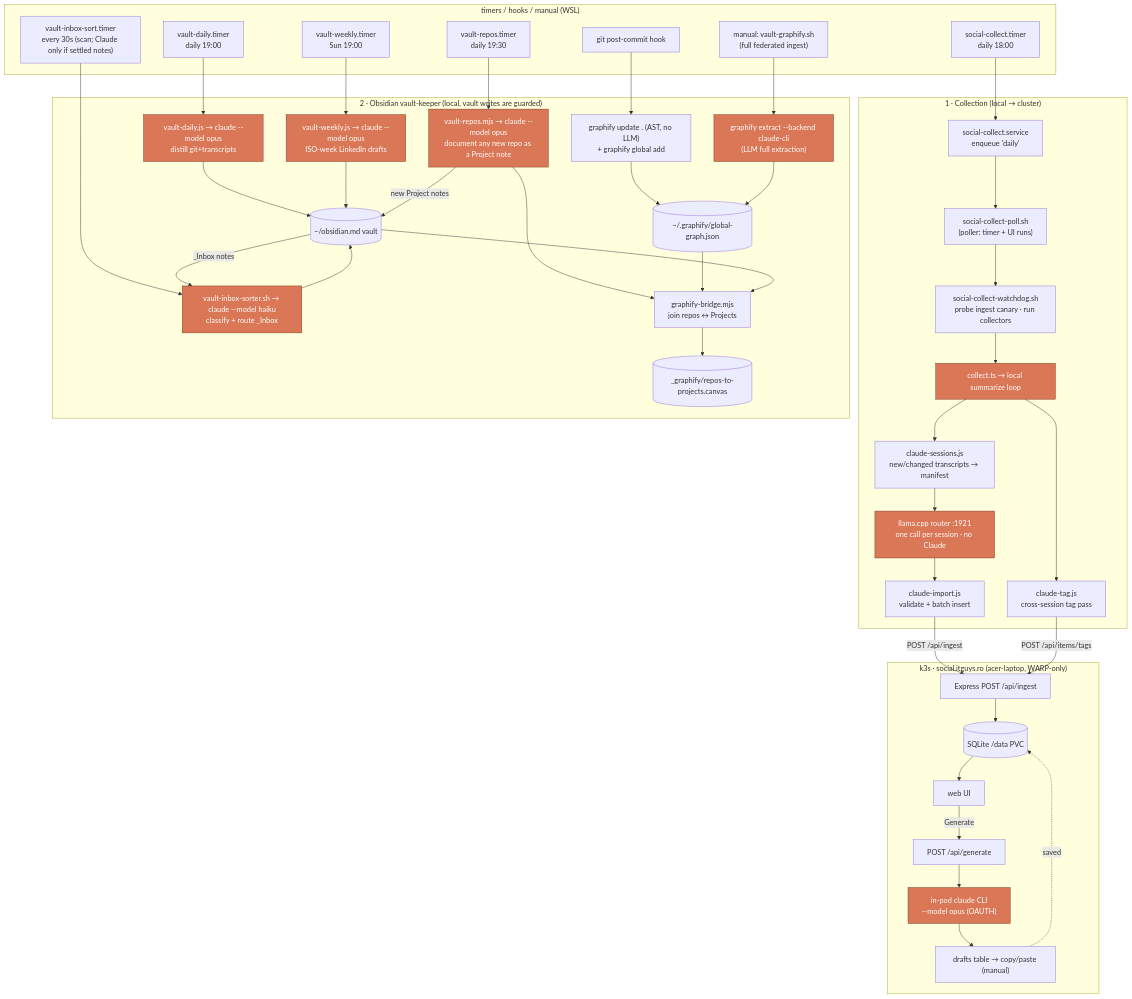
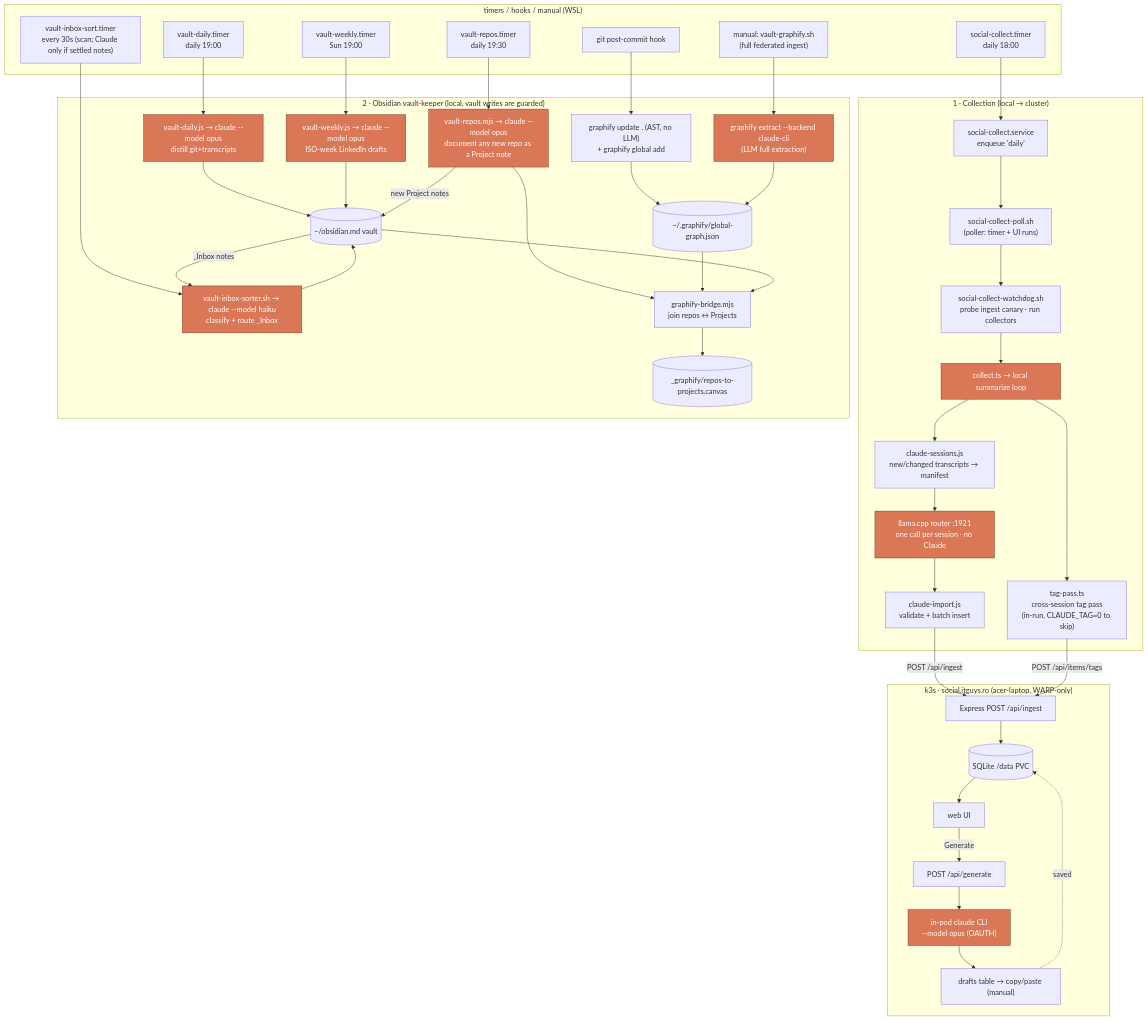
One commit to dustfeather/social-update changed the diagram in README.md. Above: the diagram before and after it, drawn with Mermaid. The commit also changed other lines of this file and 6 other files, not shown here.

````diff
--- a/README.md
+++ b/README.md
@@ -41,73 +41,73 @@
 ```mermaid
 flowchart TB
     subgraph triggers["timers / hooks / manual (WSL)"]
         T1["social-collect.timer<br/>daily 18:00"]
         T2["vault-daily.timer<br/>daily 19:00"]
         T3["vault-weekly.timer<br/>Sun 19:00"]
         T4["vault-inbox-sort.timer<br/>every 30s (scan; Claude only if settled notes)"]
         T5["vault-repos.timer<br/>daily 19:30"]
         GH["git post-commit hook"]
         MAN["manual: vault-graphify.sh<br/>(full federated ingest)"]
     end
 
     %% ---------- Collection loop ----------
     subgraph collect["1 · Collection (local → cluster)"]
         SVC["social-collect.service<br/>enqueue 'daily'"]
         POLL["social-collect-poll.sh<br/>(poller: timer + UI runs)"]
         WD["social-collect-watchdog.sh<br/>probe ingest canary · run collectors"]
         COL["collect.ts → local summarize loop"]
         SCAN["claude-sessions.js<br/>new/changed transcripts → manifest"]
         SUB["llama.cpp router :1921<br/>one call per session · no Claude"]
         IMP["claude-import.js<br/>validate + batch insert"]
-        TAG["claude-tag.js<br/>cross-session tag pass"]
+        TAG["tag-pass.ts<br/>cross-session tag pass<br/>(in-run, CLAUDE_TAG=0 to skip)"]
     end
 
     subgraph cluster["k3s · social.itguys.ro (acer-laptop, WARP-only)"]
         ING["Express POST /api/ingest"]
         DB[("SQLite /data PVC")]
         UI["web UI"]
         GEN["POST /api/generate"]
         CLI["in-pod claude CLI<br/>--model opus (OAUTH)"]
         DRAFTS["drafts table → copy/paste (manual)"]
     end
 
     %% ---------- Obsidian vault-keeper ----------
     subgraph vault["2 · Obsidian vault-keeper (local, vault writes are guarded)"]
         VD["vault-daily.js → claude --model opus<br/>distill git+transcripts"]
         VW["vault-weekly.js → claude --model opus<br/>ISO-week LinkedIn drafts"]
         VI["vault-inbox-sorter.sh → claude --model haiku<br/>classify + route _Inbox"]
         VGH["graphify update . (AST, no LLM)<br/>+ graphify global add"]
         VGE["graphify extract --backend claude-cli<br/>(LLM full extraction)"]
         VR["vault-repos.mjs → claude --model opus<br/>document any new repo as a Project note"]
         BR["graphify-bridge.mjs<br/>join repos ↔ Projects"]
         OBS[("~/obsidian.md vault")]
         GRAPH[("~/.graphify/global-graph.json")]
         CANVAS[("_graphify/repos-to-projects.canvas")]
     end
 
     T1 --> SVC --> POLL
     POLL --> WD --> COL
     COL --> SCAN --> SUB --> IMP
     IMP -->|POST /api/ingest| ING
     COL --> TAG -->|POST /api/items/tags| ING
     ING --> DB
     DB --> UI
     UI -->|Generate| GEN --> CLI --> DRAFTS
     DRAFTS -.saved.-> DB
 
     T2 --> VD --> OBS
     T3 --> VW --> OBS
     T4 --> VI
     OBS -->|_Inbox notes| VI --> OBS
     GH --> VGH --> GRAPH
     MAN --> VGE --> GRAPH
     T5 --> VR
     VR -->|new Project notes| OBS
     VR --> BR
     GRAPH --> BR
     OBS --> BR
     BR --> CANVAS
 
     classDef claude fill:#d97757,stroke:#7a3b22,color:#fff;
     class CLI,VD,VW,VI,VGE,VR,COL,SUB claude;
 ```
````
